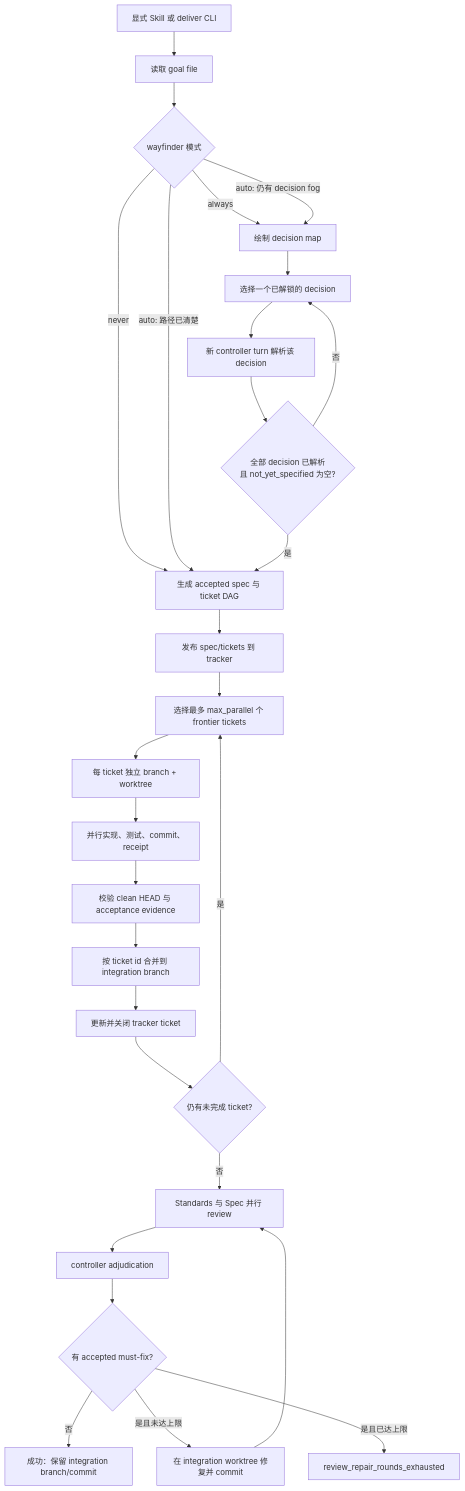
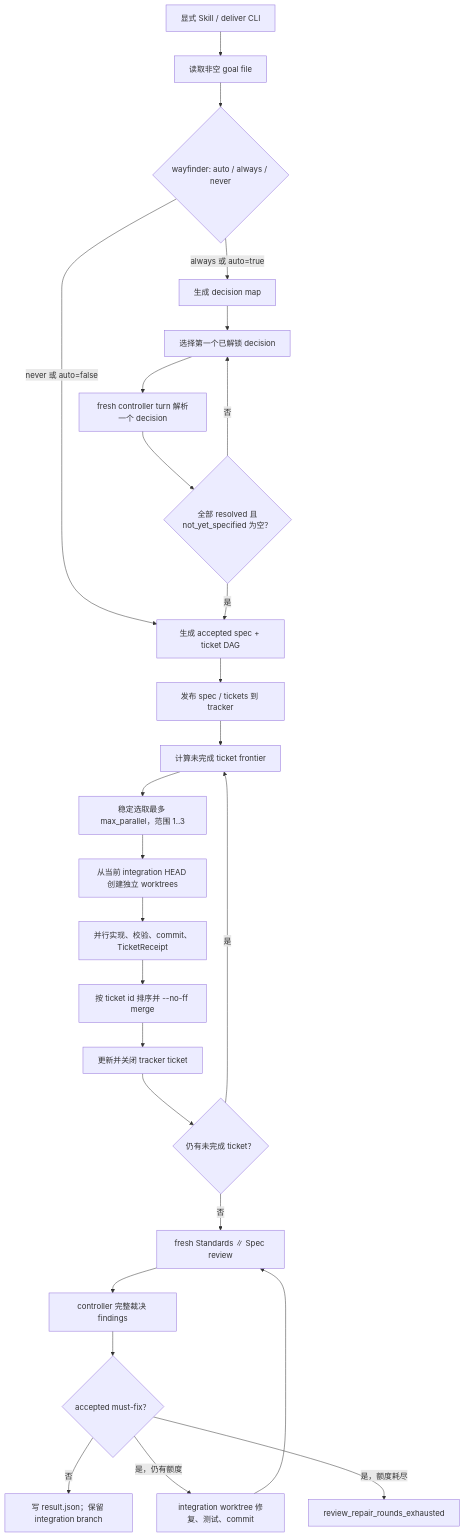
The first of 2 diagrams in droid-wiki/systems/standardized-delivery.md (oldwinter/herdr-orchestrator), drawn with Mermaid before and after one commit. The commit also changed other lines of this file and 62 other files, not shown here.

````diff
--- a/droid-wiki/systems/standardized-delivery.md
+++ b/droid-wiki/systems/standardized-delivery.md
@@ -30,30 +89,28 @@
 ```mermaid
 flowchart TD
-    Trigger[显式 Skill 或 deliver CLI] --> Goal[读取 goal file]
-    Goal --> Route{wayfinder 模式}
-    Route -->|never| Plan
-    Route -->|always| Chart[绘制 decision map]
-    Route -->|auto: 仍有 decision fog| Chart
-    Route -->|auto: 路径已清楚| Plan[生成 accepted spec 与 ticket DAG]
-    Chart --> Frontier[选择一个已解锁的 decision]
-    Frontier --> Resolve[新 controller turn 解析该 decision]
-    Resolve --> Fog{全部 decision 已解析<br/>且 not_yet_specified 为空?}
-    Fog -->|否| Frontier
+    Trigger["显式 Skill / deliver CLI"] --> Goal["读取非空 goal file"]
+    Goal --> Route{"wayfinder: auto / always / never"}
+    Route -->|never 或 auto=false| Plan["生成 accepted spec + ticket DAG"]
+    Route -->|always 或 auto=true| Map["生成 decision map"]
+    Map --> Decision["选择第一个已解锁 decision"]
+    Decision --> Resolve["fresh controller turn 解析一个 decision"]
+    Resolve --> Fog{"全部 resolved 且<br/>not_yet_specified 为空？"}
+    Fog -->|否| Decision
     Fog -->|是| Plan
-    Plan --> Publish[发布 spec/tickets 到 tracker]
-    Publish --> TicketFrontier[选择最多 max_parallel 个 frontier tickets]
-    TicketFrontier --> Worktrees[每 ticket 独立 branch + worktree]
-    Worktrees --> Implement[并行实现、测试、commit、receipt]
-    Implement --> Validate[校验 clean HEAD 与 acceptance evidence]
-    Validate --> Merge[按 ticket id 合并到 integration branch]
-    Merge --> Close[更新并关闭 tracker ticket]
-    Close --> More{仍有未完成 ticket?}
-    More -->|是| TicketFrontier
-    More -->|否| Reviews[Standards 与 Spec 并行 review]
-    Reviews --> Judge[controller adjudication]
-    Judge --> MustFix{有 accepted must-fix?}
-    MustFix -->|否| Success[成功：保留 integration branch/commit]
-    MustFix -->|是且未达上限| Repair[在 integration worktree 修复并 commit]
-    Repair --> Reviews
-    MustFix -->|是且已达上限| Failed[review_repair_rounds_exhausted]
+    Plan --> Publish["发布 spec / tickets 到 tracker"]
+    Publish --> Frontier["计算未完成 ticket frontier"]
+    Frontier --> Select["稳定选取最多 max_parallel，范围 1..3"]
+    Select --> Worktrees["从当前 integration HEAD 创建独立 worktrees"]
+    Worktrees --> Implement["并行实现、校验、commit、TicketReceipt"]
+    Implement --> Merge["按 ticket id 排序并 --no-ff merge"]
+    Merge --> Close["更新并关闭 tracker ticket"]
+    Close --> More{"仍有未完成 ticket？"}
+    More -->|是| Frontier
+    More -->|否| Review["fresh Standards ∥ Spec review"]
+    Review --> Judge["controller 完整裁决 findings"]
+    Judge --> Fix{"accepted must-fix？"}
+    Fix -->|否| Success["写 result.json；保留 integration branch"]
+    Fix -->|是，仍有额度| Repair["integration worktree 修复、测试、commit"]
+    Repair --> Review
+    Fix -->|是，额度耗尽| Fail["review_repair_rounds_exhausted"]
 ```
````
